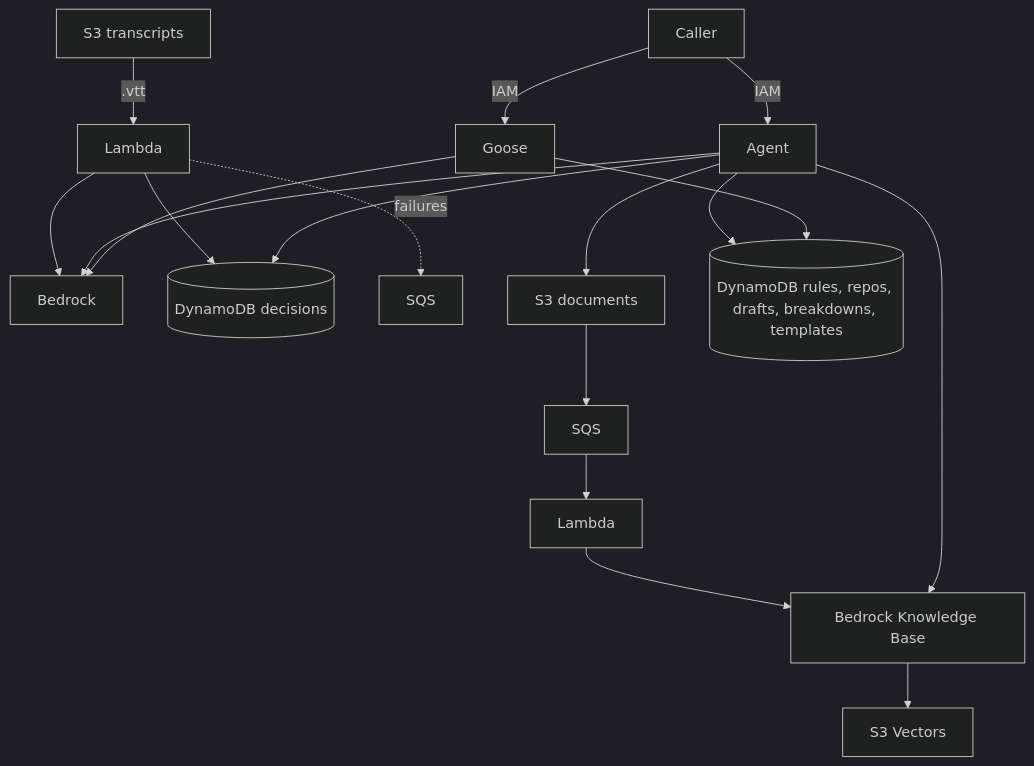
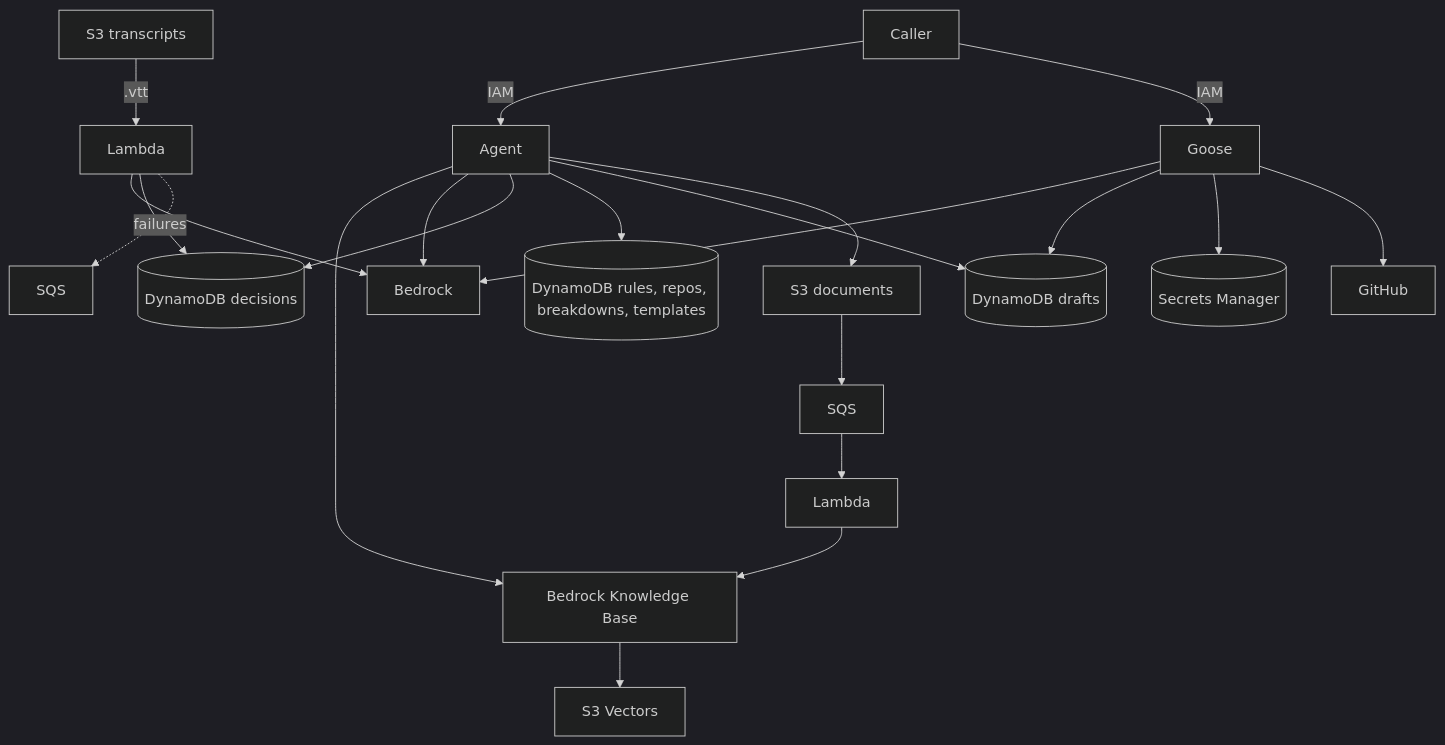
One commit to alwaystudios/minivela changed the diagram in README.md. Above: the diagram before and after it, drawn with Mermaid (dark theme).

Commit message:
Show Goose reading drafts, the project secret, and GitHub. (#30)

````diff
--- a/README.md
+++ b/README.md
@@ -9,24 +9,27 @@
 ```mermaid
 flowchart TB
   caller[Caller] -->|IAM| agent[Agent]
   caller -->|IAM| goose[Goose]
 
   transcripts[S3 transcripts] -->|".vtt"| extract[Lambda]
   extract --> bedrock[Bedrock]
   extract --> decisions[(DynamoDB decisions)]
   extract -.->|failures| extractDlq[SQS]
 
   documents[S3 documents] --> ingestQueue[SQS]
   ingestQueue --> ingest[Lambda]
   ingest --> kb[Bedrock Knowledge Base]
   kb --> vectors[S3 Vectors]
 
   agent --> kb
   agent --> bedrock
   agent --> decisions
-  agent --> tables[(DynamoDB rules, repos, drafts, breakdowns, templates)]
+  agent --> tables[(DynamoDB rules, repos, breakdowns, templates)]
+  agent --> drafts[(DynamoDB drafts)]
   agent --> documents
 
   goose --> bedrock
-  goose --> tables
+  goose --> drafts
+  goose --> secrets[(Secrets Manager)]
+  goose --> github[GitHub]
 ```
````
